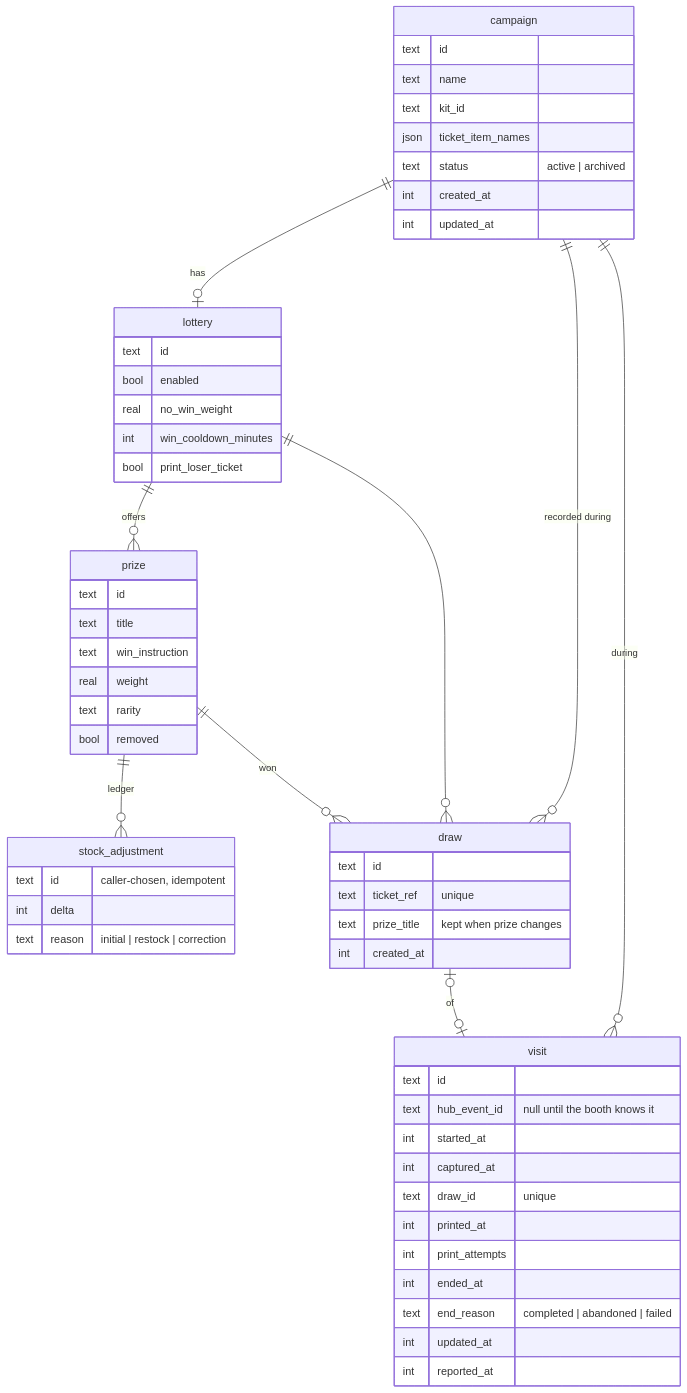
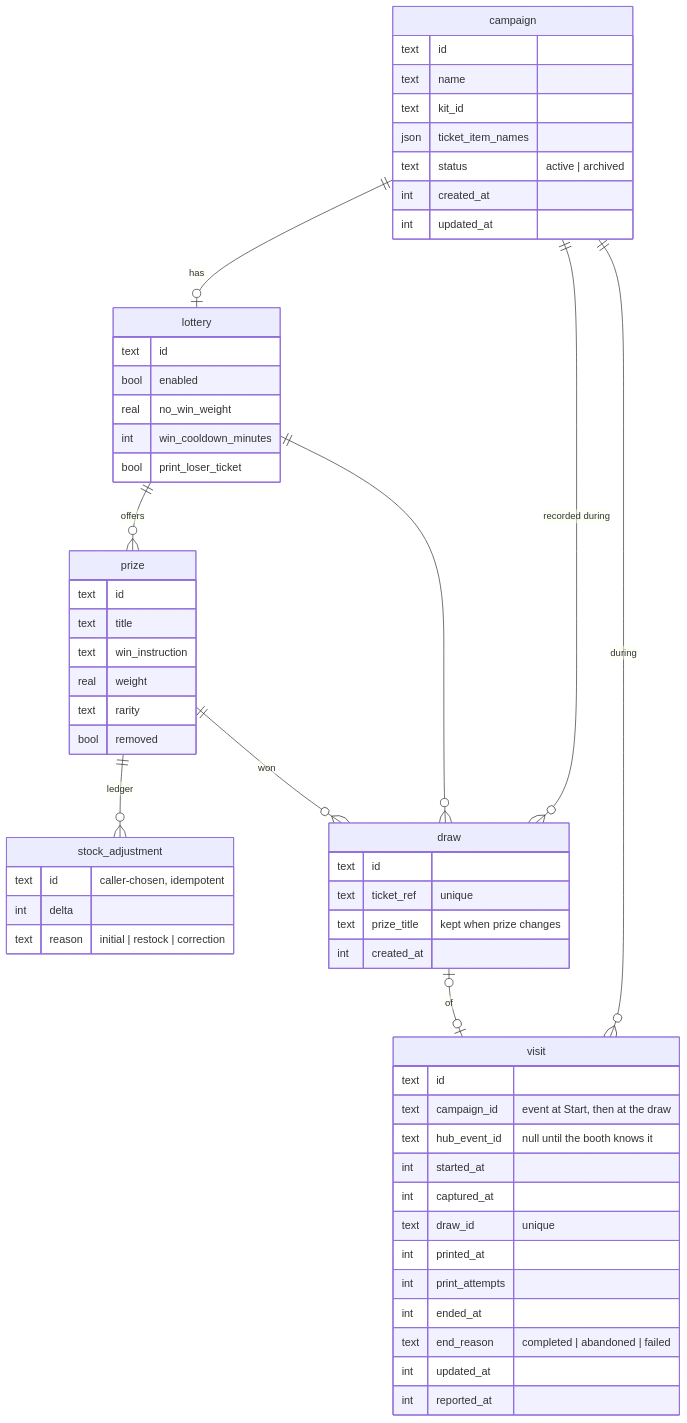
One commit to 99Stud/dither_booth changed the diagram in apps/docs/src/content/docs/architecture/data-model.md. Above: the diagram before and after it, drawn with Mermaid. The commit also changed 12 other files, not shown here.

````diff
--- a/apps/docs/src/content/docs/architecture/data-model.md
+++ b/apps/docs/src/content/docs/architecture/data-model.md
@@ -12,59 +12,60 @@
 ```mermaid
 erDiagram
   campaign ||--o| lottery : "has"
   lottery ||--o{ prize : "offers"
   prize ||--o{ stock_adjustment : "ledger"
   campaign ||--o{ draw : "recorded during"
   lottery ||--o{ draw : ""
   prize ||--o{ draw : "won"
   campaign ||--o{ visit : "during"
   draw |o--o| visit : "of"
   campaign {
     text id
     text name
     text kit_id
     json ticket_item_names
     text status "active | archived"
     int created_at
     int updated_at
   }
   lottery {
     text id
     bool enabled
     real no_win_weight
     int win_cooldown_minutes
     bool print_loser_ticket
   }
   prize {
     text id
     text title
     text win_instruction
     real weight
     text rarity
     bool removed
   }
   stock_adjustment {
     text id "caller-chosen, idempotent"
     int delta
     text reason "initial | restock | correction"
   }
   draw {
     text id
     text ticket_ref "unique"
     text prize_title "kept when prize changes"
     int created_at
   }
   visit {
     text id
+    text campaign_id "event at Start, then at the draw"
     text hub_event_id "null until the booth knows it"
     int started_at
     int captured_at
     text draw_id "unique"
     int printed_at
     int print_attempts
     int ended_at
     text end_reason "completed | abandoned | failed"
     int updated_at
     int reported_at
   }
 ```
````
